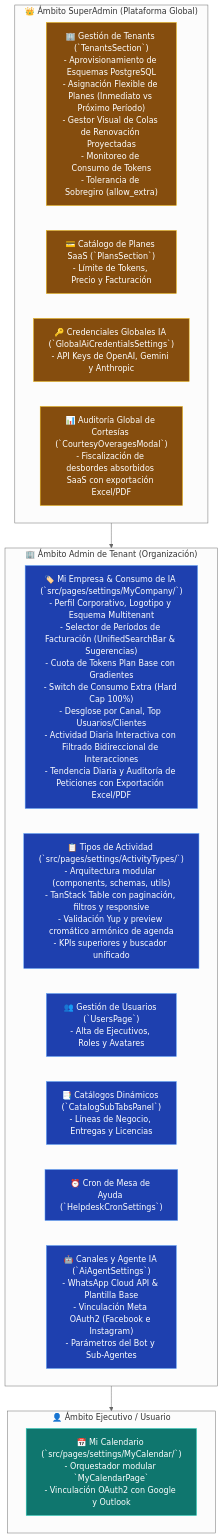
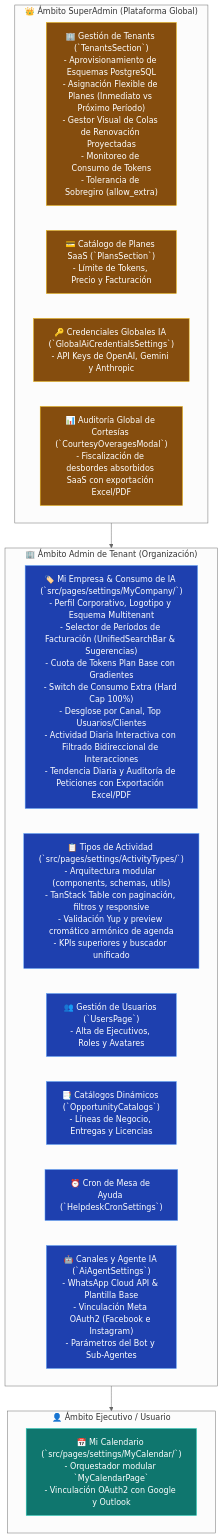
Before and after one commit to DesarrolloTibs/crm-tibs-app: the diagram in Proyectos/CRM TIBS - Centro de Configuracion, Tenants & Roles.md, drawn with Mermaid (neutral theme). The commit also changed other lines of this file and 15 other files, not shown here.

````diff
--- a/Proyectos/CRM TIBS - Centro de Configuracion, Tenants & Roles.md
+++ b/Proyectos/CRM TIBS - Centro de Configuracion, Tenants & Roles.md
@@ -26,33 +26,33 @@
 ```mermaid
 graph TD
     subgraph AmbitoSuperAdmin ["👑 Ámbito SuperAdmin (Plataforma Global)"]
         Tenants["🏢 Gestión de Tenants (`TenantsSection`)<br/>- Aprovisionamiento de Esquemas PostgreSQL<br/>- Asignación Flexible de Planes (Inmediato vs Próximo Período)<br/>- Gestor Visual de Colas de Renovación Proyectadas<br/>- Monitoreo de Consumo de Tokens<br/>- Tolerancia de Sobregiro (allow_extra)"]
         Plans["💳 Catálogo de Planes SaaS (`PlansSection`)<br/>- Límite de Tokens, Precio y Facturación"]
         AICreds["🔑 Credenciales Globales IA (`GlobalAiCredentialsSettings`)<br/>- API Keys de OpenAI, Gemini y Anthropic"]
         GlobalAudit["📊 Auditoría Global de Cortesías (`CourtesyOveragesModal`)<br/>- Fiscalización de desbordes absorbidos SaaS con exportación Excel/PDF"]
     end
 
     subgraph AmbitoAdmin ["🏢 Ámbito Admin de Tenant (Organización)"]
         Company["🏷️ Mi Empresa & Consumo de IA (`src/pages/settings/MyCompany/`)<br/>- Perfil Corporativo, Logotipo y Esquema Multitenant<br/>- Selector de Períodos de Facturación (UnifiedSearchBar & Sugerencias)<br/>- Cuota de Tokens Plan Base con Gradientes<br/>- Switch de Consumo Extra (Hard Cap 100%)<br/>- Desglose por Canal, Top Usuarios/Clientes<br/>- Actividad Diaria Interactiva con Filtrado Bidireccional de Interacciones<br/>- Tendencia Diaria y Auditoría de Peticiones con Exportación Excel/PDF"]
         ActivityTypes["📋 Tipos de Actividad (`src/pages/settings/ActivityTypes/`)<br/>- Arquitectura modular (components, schemas, utils)<br/>- TanStack Table con paginación, filtros y responsive<br/>- Validación Yup y preview cromático armónico de agenda<br/>- KPIs superiores y buscador unificado"]
         Users["👥 Gestión de Usuarios (`UsersPage`)<br/>- Alta de Ejecutivos, Roles y Avatares"]
-        Catalogs["📑 Catálogos Dinámicos (`CatalogSubTabsPanel`)<br/>- Líneas de Negocio, Entregas y Licencias"]
+        Catalogs["📑 Catálogos Dinámicos (`OpportunityCatalogs`)<br/>- Líneas de Negocio, Entregas y Licencias"]
         CronSLA["⏰ Cron de Mesa de Ayuda (`HelpdeskCronSettings`)"]
         BotConfig["🤖 Canales y Agente IA (`AiAgentSettings`)<br/>- WhatsApp Cloud API & Plantilla Base<br/>- Vinculación Meta OAuth2 (Facebook e Instagram)<br/>- Parámetros del Bot y Sub-Agentes"]
     end
 
     subgraph AmbitoPersonal ["👤 Ámbito Ejecutivo / Usuario"]
         MyCal["📅 Mi Calendario (`src/pages/settings/MyCalendar/`)<br/>- Orquestador modular `MyCalendarPage`<br/>- Vinculación OAuth2 con Google y Outlook"]
     end
 
     AmbitoSuperAdmin --> AmbitoAdmin
     AmbitoAdmin --> AmbitoPersonal
 
     classDef sa fill:#854d0e,stroke:#eab308,color:#fff;
     classDef adm fill:#1e40af,stroke:#60a5fa,color:#fff;
     classDef usr fill:#0f766e,stroke:#2dd4bf,color:#fff;
 
     class Tenants,Plans,AICreds,GlobalAudit sa;
     class Company,Users,Catalogs,CronSLA,BotConfig,ActivityTypes adm;
     class MyCal usr;
 ```
````
